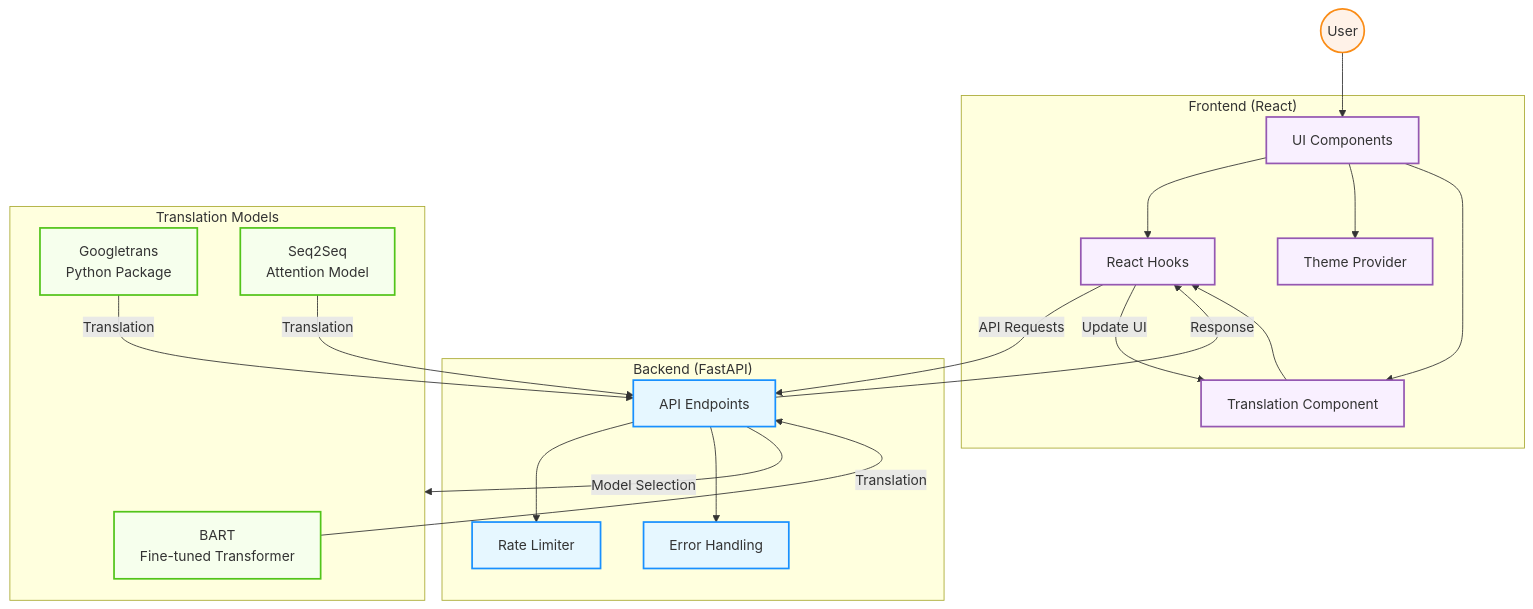
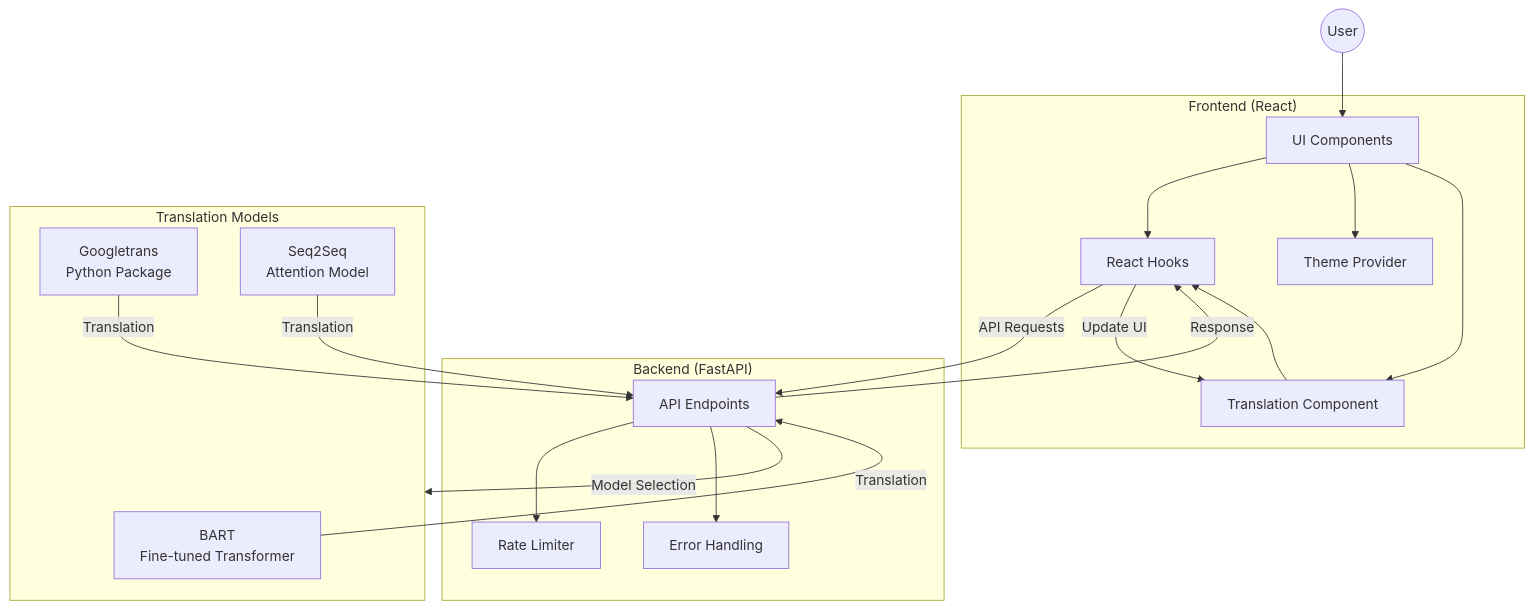
One commit to Aamir-Hullur/machine-translation-final-project-CSCI-659 changed the first of 2 diagrams in README.md. Above: the diagram before and after it, drawn with Mermaid.

Commit message:
updated diagram'

````diff
--- a/README.md
+++ b/README.md
@@ -24,45 +24,40 @@
 ```mermaid
 flowchart TD
-    classDef frontendStyle fill:#f9f0ff,stroke:#9558B2,stroke-width:2px
-    classDef backendStyle fill:#e6f7ff,stroke:#1890ff,stroke-width:2px
-    classDef modelStyle fill:#f6ffed,stroke:#52c41a,stroke-width:2px
-    classDef utilStyle fill:#fff2e8,stroke:#fa8c16,stroke-width:2px
-
     User((User)):::utilStyle
     
     subgraph Frontend["Frontend (React)"]
         UI[UI Components]:::frontendStyle
         ReactHooks[React Hooks]:::frontendStyle
         ThemeProvider[Theme Provider]:::frontendStyle
         TranslationComp[Translation Component]:::frontendStyle
         
         UI --> ReactHooks
         UI --> ThemeProvider
         UI --> TranslationComp
         TranslationComp --> ReactHooks
     end
     
     subgraph Backend["Backend (FastAPI)"]
         API[API Endpoints]:::backendStyle
         RateLimiter[Rate Limiter]:::backendStyle
         ErrorHandling[Error Handling]:::backendStyle
         
         API --> RateLimiter
         API --> ErrorHandling
     end
     
     subgraph Models["Translation Models"]
         BART[BART\nFine-tuned Transformer]:::modelStyle
         Googletrans[Googletrans\nPython Package]:::modelStyle
         Seq2Seq[Seq2Seq\nAttention Model]:::modelStyle
     end
     
     User --> UI
     ReactHooks -- API Requests --> API
     API -- Model Selection --> Models
     BART -- Translation --> API
     Googletrans -- Translation --> API
     Seq2Seq -- Translation --> API
     API -- Response --> ReactHooks
     ReactHooks -- Update UI --> TranslationComp
 ```
````
